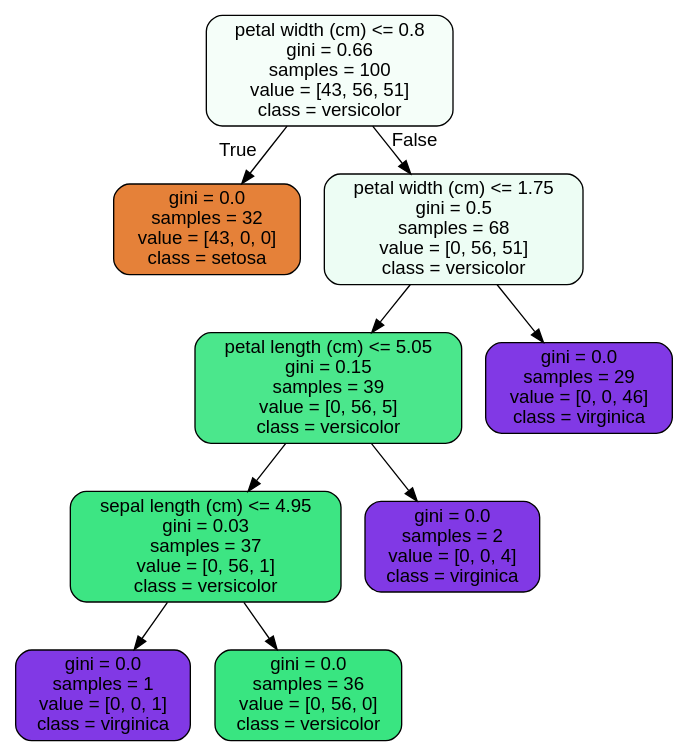
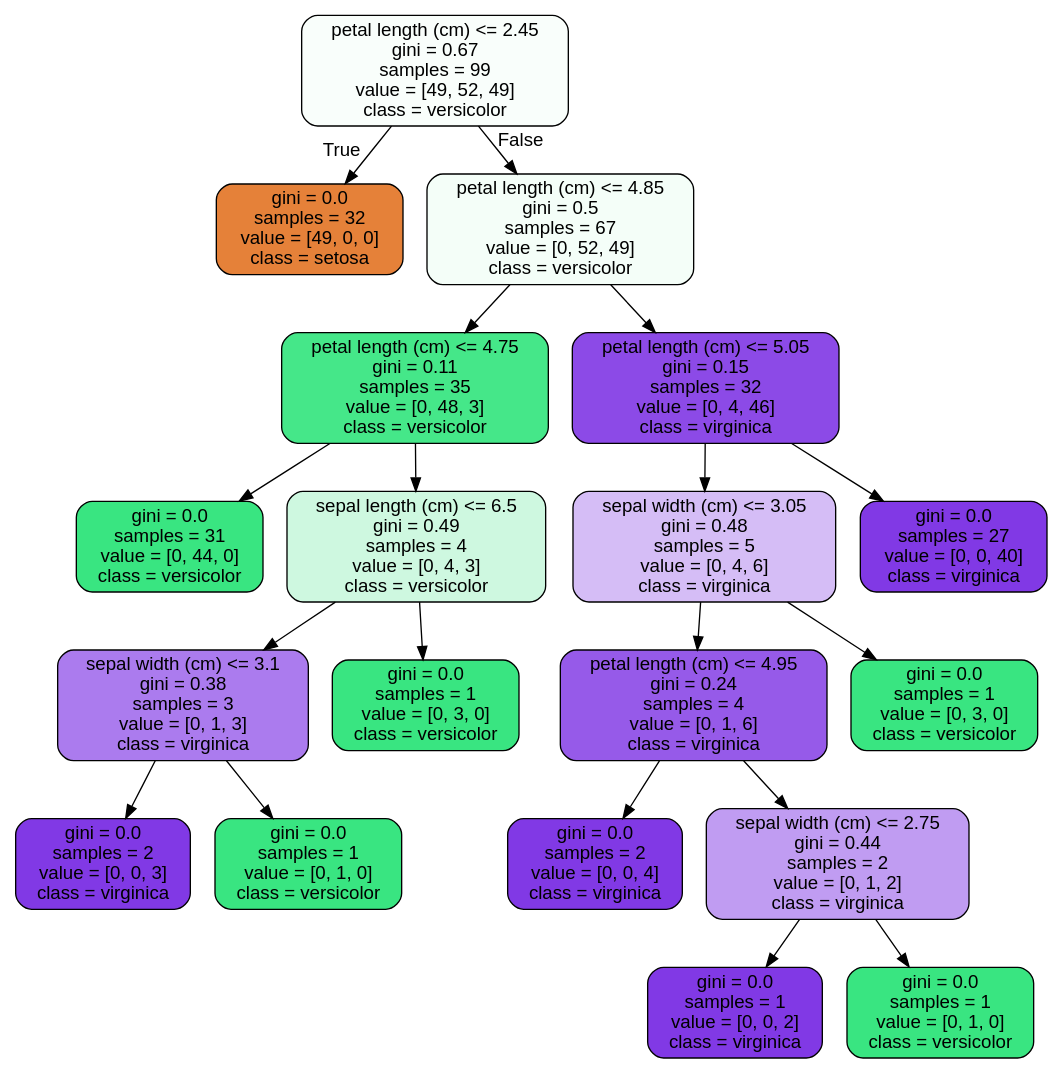
Before and after one commit to Br111t/springboard: the diagram in Random_Forest_casestudy_covid19/tree.dot, drawn with Graphviz. The commit also changed 2 other files, not shown here.

```diff
--- a/Random_Forest_casestudy_covid19/tree.dot
+++ b/Random_Forest_casestudy_covid19/tree.dot
@@ -1,21 +1,41 @@
 digraph Tree {
 node [shape=box, style="filled, rounded", color="black", fontname=helvetica] ;
 edge [fontname=helvetica] ;
-0 [label="petal width (cm) <= 0.8\ngini = 0.66\nsamples = 100\nvalue = [43, 56, 51]\nclass = versicolor", fillcolor="#f5fef9"] ;
-1 [label="gini = 0.0\nsamples = 32\nvalue = [43, 0, 0]\nclass = setosa", fillcolor="#e58139"] ;
+0 [label="petal length (cm) <= 2.45\ngini = 0.67\nsamples = 99\nvalue = [49, 52, 49]\nclass = versicolor", fillcolor="#f9fefb"] ;
+1 [label="gini = 0.0\nsamples = 32\nvalue = [49, 0, 0]\nclass = setosa", fillcolor="#e58139"] ;
 0 -> 1 [labeldistance=2.5, labelangle=45, headlabel="True"] ;
-2 [label="petal width (cm) <= 1.75\ngini = 0.5\nsamples = 68\nvalue = [0, 56, 51]\nclass = versicolor", fillcolor="#edfdf4"] ;
+2 [label="petal length (cm) <= 4.85\ngini = 0.5\nsamples = 67\nvalue = [0, 52, 49]\nclass = versicolor", fillcolor="#f4fef8"] ;
 0 -> 2 [labeldistance=2.5, labelangle=-45, headlabel="False"] ;
-3 [label="petal length (cm) <= 5.05\ngini = 0.15\nsamples = 39\nvalue = [0, 56, 5]\nclass = versicolor", fillcolor="#4be78c"] ;
+3 [label="petal length (cm) <= 4.75\ngini = 0.11\nsamples = 35\nvalue = [0, 48, 3]\nclass = versicolor", fillcolor="#45e789"] ;
 2 -> 3 ;
-4 [label="sepal length (cm) <= 4.95\ngini = 0.03\nsamples = 37\nvalue = [0, 56, 1]\nclass = versicolor", fillcolor="#3de583"] ;
+4 [label="gini = 0.0\nsamples = 31\nvalue = [0, 44, 0]\nclass = versicolor", fillcolor="#39e581"] ;
 3 -> 4 ;
-5 [label="gini = 0.0\nsamples = 1\nvalue = [0, 0, 1]\nclass = virginica", fillcolor="#8139e5"] ;
-4 -> 5 ;
-6 [label="gini = 0.0\nsamples = 36\nvalue = [0, 56, 0]\nclass = versicolor", fillcolor="#39e581"] ;
-4 -> 6 ;
-7 [label="gini = 0.0\nsamples = 2\nvalue = [0, 0, 4]\nclass = virginica", fillcolor="#8139e5"] ;
-3 -> 7 ;
-8 [label="gini = 0.0\nsamples = 29\nvalue = [0, 0, 46]\nclass = virginica", fillcolor="#8139e5"] ;
-2 -> 8 ;
+5 [label="sepal length (cm) <= 6.5\ngini = 0.49\nsamples = 4\nvalue = [0, 4, 3]\nclass = versicolor", fillcolor="#cef8e0"] ;
+3 -> 5 ;
+6 [label="sepal width (cm) <= 3.1\ngini = 0.38\nsamples = 3\nvalue = [0, 1, 3]\nclass = virginica", fillcolor="#ab7bee"] ;
+5 -> 6 ;
+7 [label="gini = 0.0\nsamples = 2\nvalue = [0, 0, 3]\nclass = virginica", fillcolor="#8139e5"] ;
+6 -> 7 ;
+8 [label="gini = 0.0\nsamples = 1\nvalue = [0, 1, 0]\nclass = versicolor", fillcolor="#39e581"] ;
+6 -> 8 ;
+9 [label="gini = 0.0\nsamples = 1\nvalue = [0, 3, 0]\nclass = versicolor", fillcolor="#39e581"] ;
+5 -> 9 ;
+10 [label="petal length (cm) <= 5.05\ngini = 0.15\nsamples = 32\nvalue = [0, 4, 46]\nclass = virginica", fillcolor="#8c4ae7"] ;
+2 -> 10 ;
+11 [label="sepal width (cm) <= 3.05\ngini = 0.48\nsamples = 5\nvalue = [0, 4, 6]\nclass = virginica", fillcolor="#d5bdf6"] ;
+10 -> 11 ;
+12 [label="petal length (cm) <= 4.95\ngini = 0.24\nsamples = 4\nvalue = [0, 1, 6]\nclass = virginica", fillcolor="#965ae9"] ;
+11 -> 12 ;
+13 [label="gini = 0.0\nsamples = 2\nvalue = [0, 0, 4]\nclass = virginica", fillcolor="#8139e5"] ;
+12 -> 13 ;
+14 [label="sepal width (cm) <= 2.75\ngini = 0.44\nsamples = 2\nvalue = [0, 1, 2]\nclass = virginica", fillcolor="#c09cf2"] ;
+12 -> 14 ;
+15 [label="gini = 0.0\nsamples = 1\nvalue = [0, 0, 2]\nclass = virginica", fillcolor="#8139e5"] ;
+14 -> 15 ;
+16 [label="gini = 0.0\nsamples = 1\nvalue = [0, 1, 0]\nclass = versicolor", fillcolor="#39e581"] ;
+14 -> 16 ;
+17 [label="gini = 0.0\nsamples = 1\nvalue = [0, 3, 0]\nclass = versicolor", fillcolor="#39e581"] ;
+11 -> 17 ;
+18 [label="gini = 0.0\nsamples = 27\nvalue = [0, 0, 40]\nclass = virginica", fillcolor="#8139e5"] ;
+10 -> 18 ;
 }
```
